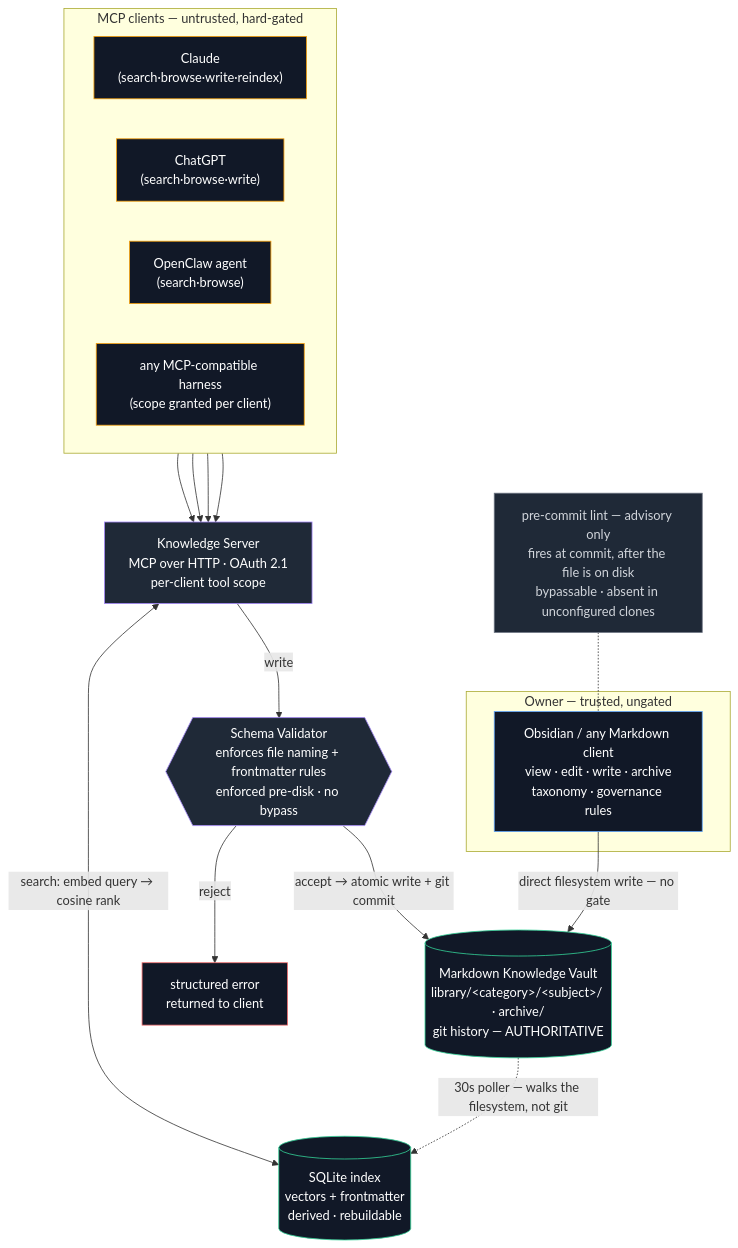
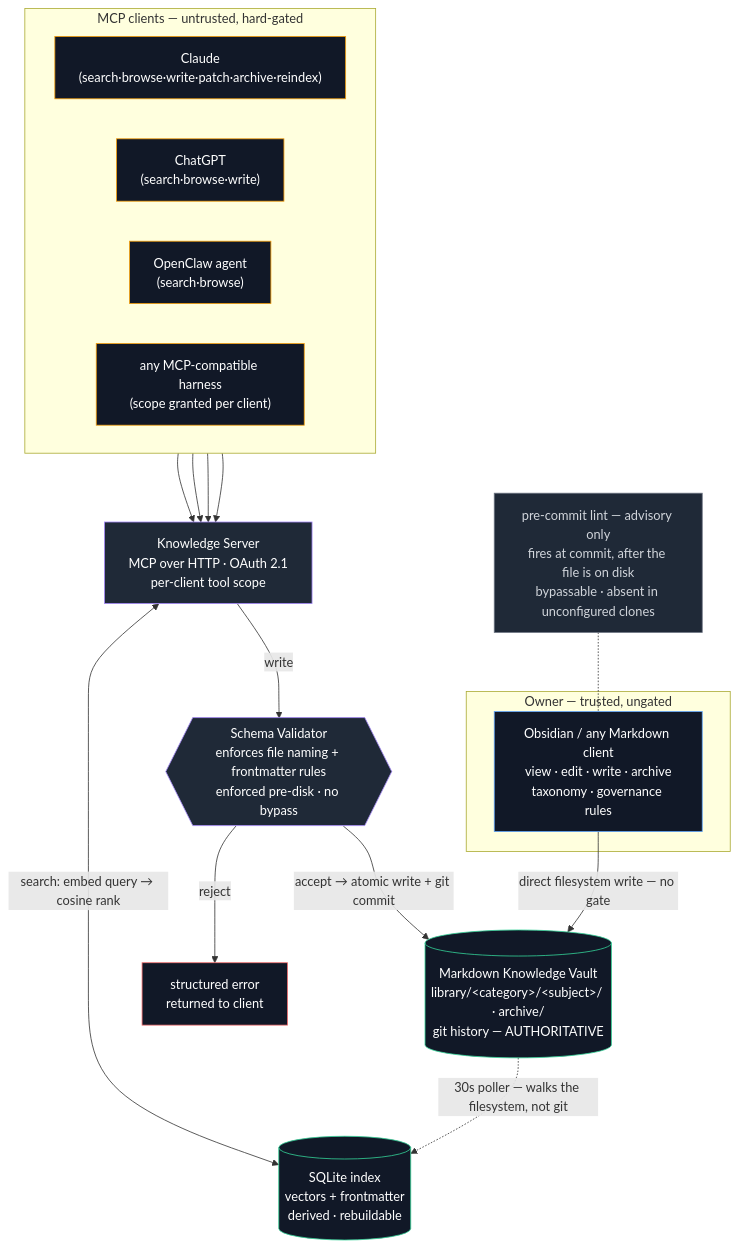
Before and after one commit to rossblanchard/knowledge-server-public: the second of 2 diagrams in README.md, drawn with Mermaid. The commit also changed other lines of this file and 8 other files, not shown here.

First line of the commit message:
Add vault_patch/vault_archive (M4) and structured tool-call logging

````diff
--- a/README.md
+++ b/README.md
@@ -116,54 +121,54 @@
 ```mermaid
 flowchart TB
     subgraph Untrusted["MCP clients — untrusted, hard-gated"]
         direction LR
-        C1["Claude<br/>(search·browse·write·reindex)"]
+        C1["Claude<br/>(search·browse·write·patch·archive·reindex)"]
         C2["ChatGPT<br/>(search·browse·write)"]
         C3["OpenClaw agent<br/>(search·browse)"]
         C4["any MCP-compatible harness<br/>(scope granted per client)"]
     end
 
     KS["Knowledge Server<br/>MCP over HTTP · OAuth 2.1<br/>per-client tool scope"]
 
     C1 --> KS
     C2 --> KS
     C3 --> KS
     C4 --> KS
 
     KS <-->|"search: embed query → cosine rank"| Index
     KS -->|write| Gate
 
     Gate{{"Schema Validator<br/>enforces file naming + frontmatter rules<br/>enforced pre-disk · no bypass"}}
 
     Gate -->|reject| Err["structured error<br/>returned to client"]
     Gate -->|"accept → atomic write + git commit"| Vault
 
     subgraph Trusted["Owner — trusted, ungated"]
         H["Obsidian / any Markdown client<br/>view · edit · write · archive<br/>taxonomy · governance rules"]
     end
 
     Lint["pre-commit lint — advisory only<br/>fires at commit, after the file is on disk<br/>bypassable · absent in unconfigured clones"]
 
     Lint -.- H
     H -->|"direct filesystem write — no gate"| Vault
 
     Vault[("Markdown Knowledge Vault<br/>library/&lt;category&gt;/&lt;subject&gt;/ · archive/<br/>git history — AUTHORITATIVE")]
 
     Vault -.->|"30s poller — walks the filesystem, not git"| Index
 
     Index[("SQLite index<br/>vectors + frontmatter<br/>derived · rebuildable")]
 
     classDef untrusted fill:#111827,stroke:#f59e0b,color:#fff
     classDef trusted fill:#111827,stroke:#60a5fa,color:#fff
     classDef gate fill:#1f2937,stroke:#a78bfa,color:#fff
     classDef soft fill:#1f2937,stroke:#6b7280,color:#d1d5db
     classDef store fill:#111827,stroke:#34d399,color:#fff
     classDef bad fill:#111827,stroke:#f87171,color:#fff
 
     class C1,C2,C3,C4 untrusted
     class H trusted
     class KS,Gate gate
     class Lint soft
     class Vault,Index store
     class Err bad
 ```
````
